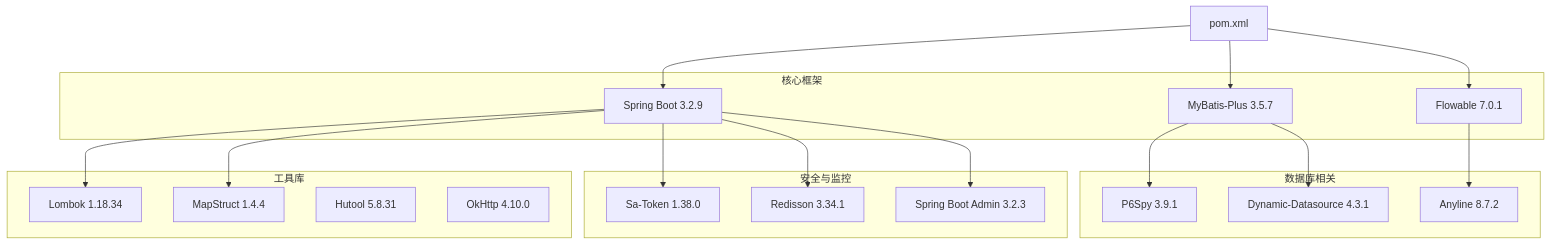
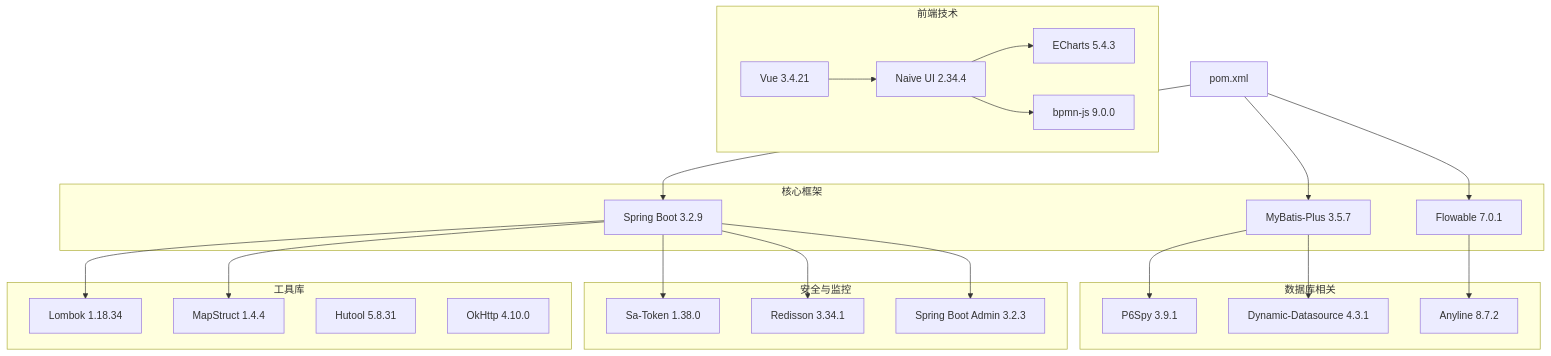
One commit to yaomindong1996/forge-admin changed the fifth of 6 diagrams in .qoder/repowiki/zh/content/核心功能模块/工作流管理系统.md. Above: the diagram before and after it, drawn with Mermaid. The commit also changed other lines of this file and 95 other files, not shown here.

````diff
--- a/.qoder/repowiki/zh/content/核心功能模块/工作流管理系统.md
+++ b/.qoder/repowiki/zh/content/核心功能模块/工作流管理系统.md
@@ -290,35 +566,44 @@
 ```mermaid
 graph TB
 subgraph "核心框架"
 SPRING[Spring Boot 3.2.9]
 MYBATIS[MyBatis-Plus 3.5.7]
 FLOWABLE[Flowable 7.0.1]
 end
 subgraph "工具库"
 LOMBOK[Lombok 1.18.34]
 MAPSTRUCT[MapStruct 1.4.4]
 HUTOOL[Hutool 5.8.31]
 OKHTTP[OkHttp 4.10.0]
 end
 subgraph "数据库相关"
 P6SPY[P6Spy 3.9.1]
 DYNAMIC_DS[Dynamic-Datasource 4.3.1]
 ANYLINE[Anyline 8.7.2]
 end
 subgraph "安全与监控"
 SATEKOU[Sa-Token 1.38.0]
 REDISSON[Redisson 3.34.1]
 SB_ADMIN[Spring Boot Admin 3.2.3]
 end
+subgraph "前端技术"
+VUE3[Vue 3.4.21]
+NAIVE_UI[Naive UI 2.34.4]
+ECharts[ECharts 5.4.3]
+BPMN_JS[bpmn-js 9.0.0]
+end
 ROOT[pom.xml] --> SPRING
 ROOT --> MYBATIS
 ROOT --> FLOWABLE
 SPRING --> LOMBOK
 SPRING --> MAPSTRUCT
 MYBATIS --> P6SPY
 MYBATIS --> DYNAMIC_DS
 FLOWABLE --> ANYLINE
 SPRING --> SATEKOU
 SPRING --> REDISSON
 SPRING --> SB_ADMIN
+VUE3 --> NAIVE_UI
+NAIVE_UI --> ECharts
+NAIVE_UI --> BPMN_JS
 ```
````
